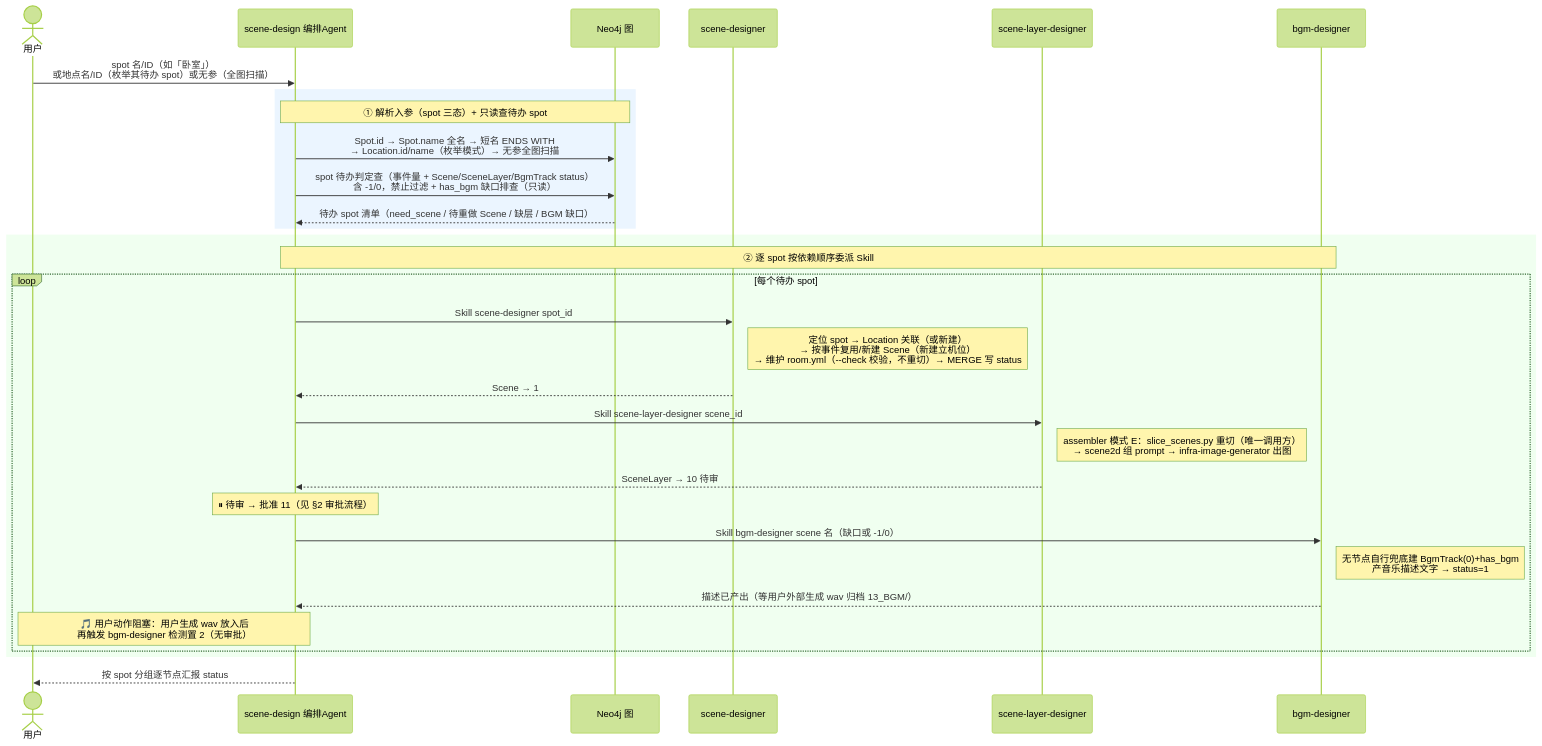
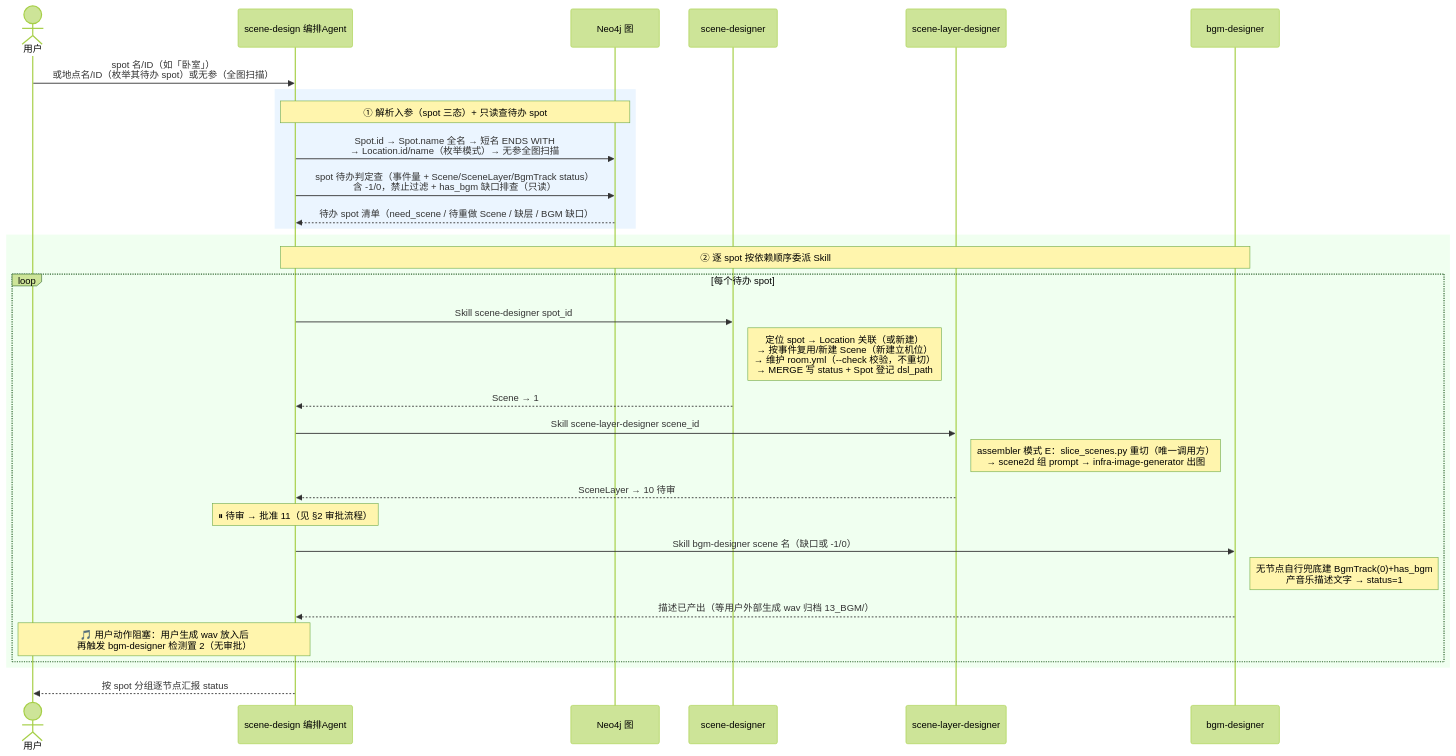
One commit to CrazyJinn/ProxyLove changed the third of 4 diagrams in README.md. Above: the diagram before and after it, drawn with Mermaid (forest theme). The commit also changed 5 other files, not shown here.

First line of the commit message:
dsl_path 归属从 Scene 迁到 Spot（单一真源：非空 = spot 已 3D 建模）

````diff
--- a/README.md
+++ b/README.md
@@ -179,39 +179,39 @@
 ```mermaid
 sequenceDiagram
     actor U as 用户
     participant A as scene-design 编排Agent
     participant DB as Neo4j 图
     participant Scene as scene-designer
     participant Layer as scene-layer-designer
     participant BGM as bgm-designer
 
     U->>A: spot 名/ID（如「卧室」）<br/>或地点名/ID（枚举其待办 spot）或无参（全图扫描）
 
     rect rgb(235, 245, 255)
     Note over A,DB: ① 解析入参（spot 三态）+ 只读查待办 spot
     A->>DB: Spot.id → Spot.name 全名 → 短名 ENDS WITH<br/>→ Location.id/name（枚举模式）→ 无参全图扫描
     A->>DB: spot 待办判定查（事件量 + Scene/SceneLayer/BgmTrack status）<br/>含 -1/0，禁止过滤 + has_bgm 缺口排查（只读）
     DB-->>A: 待办 spot 清单（need_scene / 待重做 Scene / 缺层 / BGM 缺口）
     end
 
     rect rgb(240, 255, 240)
     Note over A,BGM: ② 逐 spot 按依赖顺序委派 Skill
     loop 每个待办 spot
         A->>Scene: Skill scene-designer spot_id
-        Note right of Scene: 定位 spot → Location 关联（或新建）<br/>→ 按事件复用/新建 Scene（新建立机位）<br/>→ 维护 room.yml（--check 校验，不重切）→ MERGE 写 status
+        Note right of Scene: 定位 spot → Location 关联（或新建）<br/>→ 按事件复用/新建 Scene（新建立机位）<br/>→ 维护 room.yml（--check 校验，不重切）<br/>→ MERGE 写 status + Spot 登记 dsl_path
         Scene-->>A: Scene → 1
 
         A->>Layer: Skill scene-layer-designer scene_id
         Note right of Layer: assembler 模式 E：slice_scenes.py 重切（唯一调用方）<br/>→ scene2d 组 prompt → infra-image-generator 出图
         Layer-->>A: SceneLayer → 10 待审
         Note over A: ⏸ 待审 → 批准 11（见 §2 审批流程）
 
         A->>BGM: Skill bgm-designer scene 名（缺口或 -1/0）
         Note right of BGM: 无节点自行兜底建 BgmTrack(0)+has_bgm<br/>产音乐描述文字 → status=1
         BGM-->>A: 描述已产出（等用户外部生成 wav 归档 13_BGM/）
         Note over A,U: 🎵 用户动作阻塞：用户生成 wav 放入后<br/>再触发 bgm-designer 检测置 2（无审批）
     end
     end
 
     A-->>U: 按 spot 分组逐节点汇报 status
 ```
````
